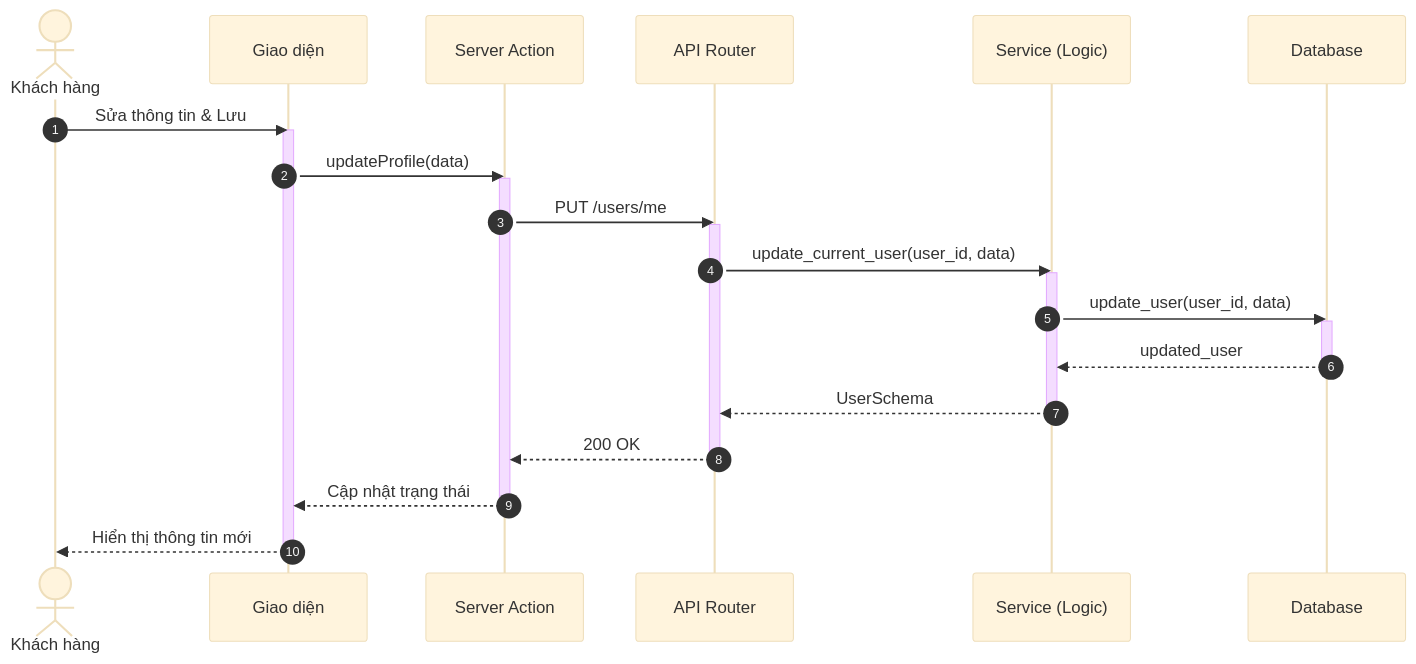
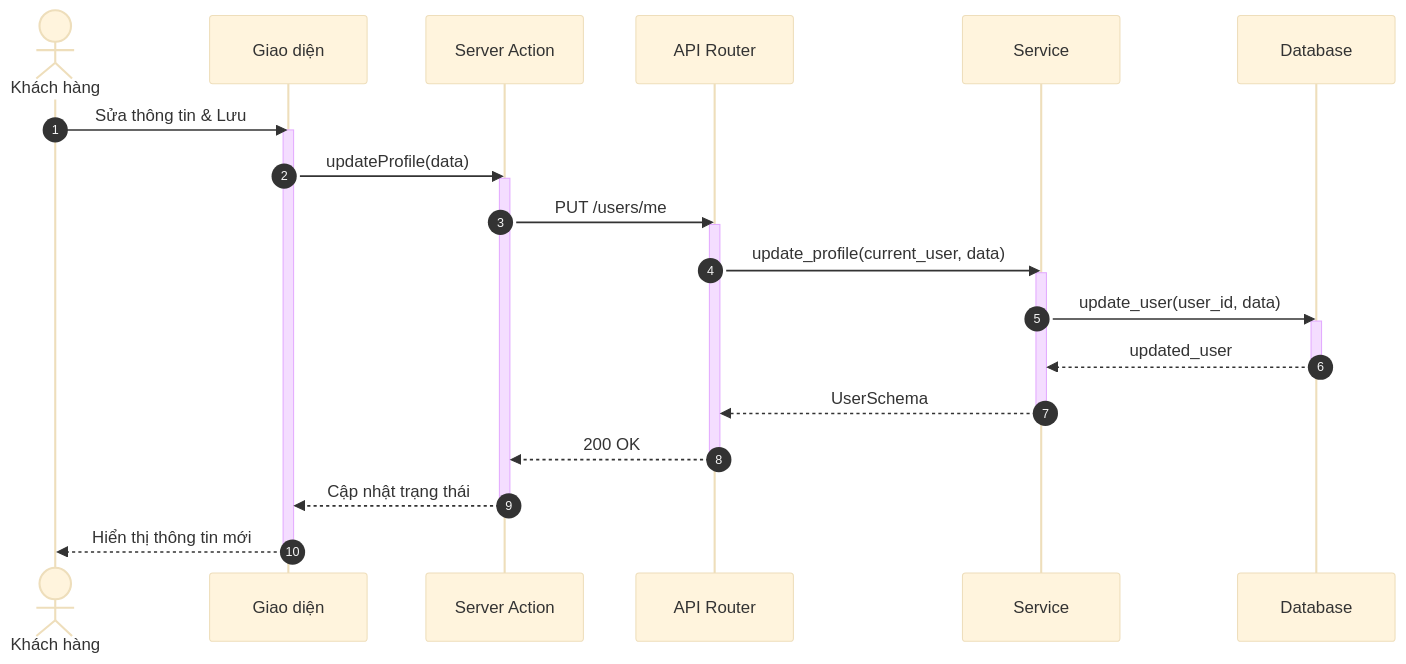
One commit to ngoctinn/Synapse changed the seventh of 8 diagrams in docs/design/sequences/authentication.md. Above: the diagram before and after it, drawn with Mermaid (base theme). The commit also changed other lines of this file and 4 other files, not shown here.

Commit message:
docs: Add initial sequence diagrams for authentication, admin, customer, receptionist, and technician flows.

````diff
--- a/docs/design/sequences/authentication.md
+++ b/docs/design/sequences/authentication.md
@@ -329,38 +197,38 @@
 ```mermaid
 sequenceDiagram
     autonumber
     actor KH as Khách hàng
     participant UI as Giao diện
     participant BFF as Server Action
     participant API as API Router
-    participant S as Service (Logic)
+    participant S as Service
     participant DB as Database
 
     KH->>UI: Sửa thông tin & Lưu
     activate UI
     UI->>BFF: updateProfile(data)
     activate BFF
 
     BFF->>API: PUT /users/me
     activate API
 
-    API->>S: update_current_user(user_id, data)
+    API->>S: update_profile(current_user, data)
     activate S
 
     S->>DB: update_user(user_id, data)
     activate DB
     DB-->>S: updated_user
     deactivate DB
 
     S-->>API: UserSchema
     deactivate S
 
     API-->>BFF: 200 OK
     deactivate API
 
     BFF-->>UI: Cập nhật trạng thái
     deactivate BFF
 
     UI-->>KH: Hiển thị thông tin mới
     deactivate UI
 ```
````
